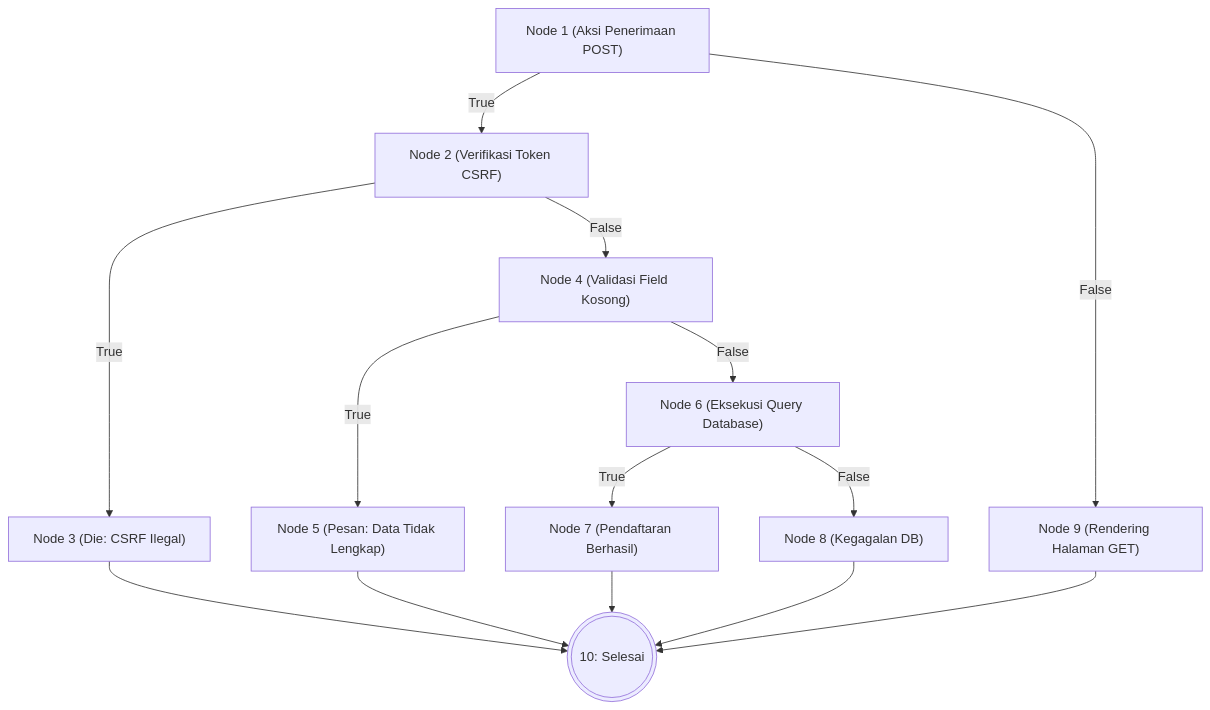
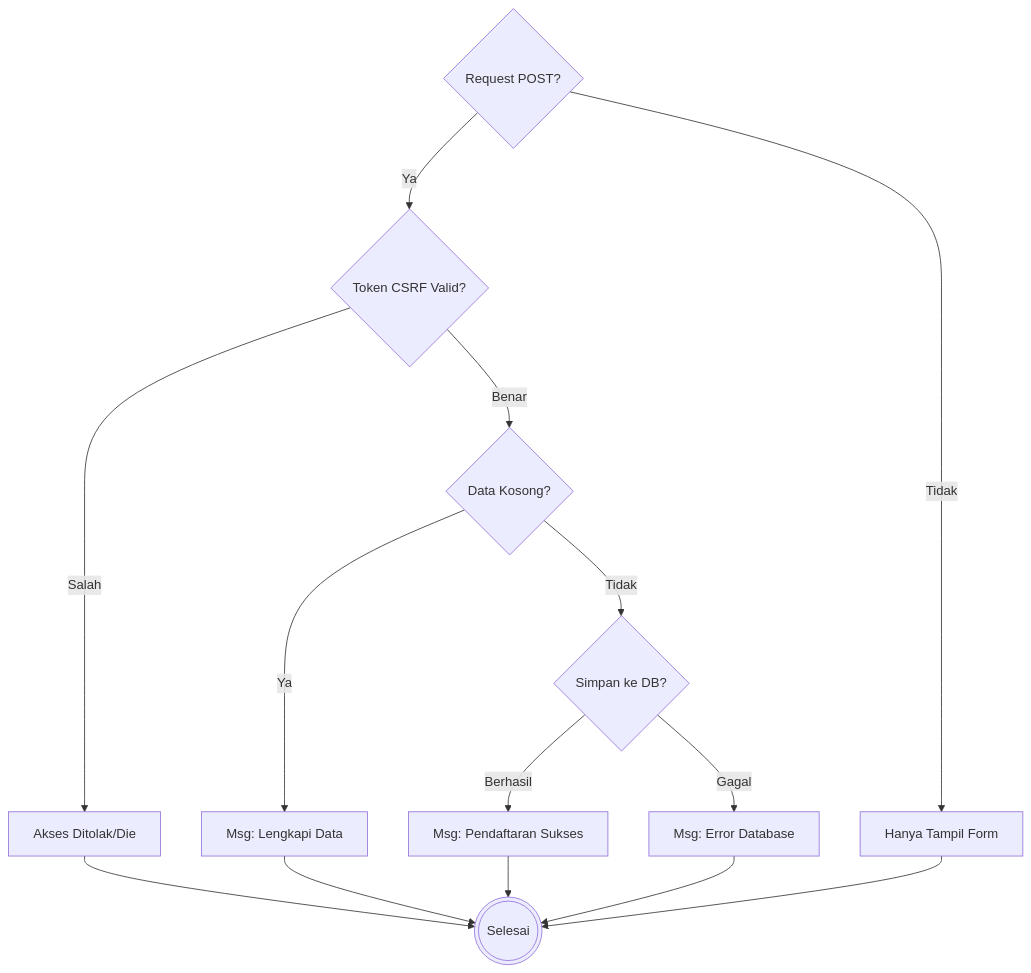
One commit to arbain-dev/Web_fikom changed the third of 6 diagrams in docs/07_PENGUJIAN_WHITE_BOX.md. Above: the diagram before and after it, drawn with Mermaid. The commit also changed other lines of this file, not shown here.

Commit message:
Simplify Flowchart labels for better readability

````diff
--- a/docs/07_PENGUJIAN_WHITE_BOX.md
+++ b/docs/07_PENGUJIAN_WHITE_BOX.md
@@ -113,20 +113,20 @@
 ```mermaid
 flowchart TD
-    1["Node 1 (Aksi Penerimaan POST)"] -->|True| 2["Node 2 (Verifikasi Token CSRF)"]
-    1 -->|False| 9["Node 9 (Rendering Halaman GET)"]
+    1{Request POST?} -->|Ya| 2{Token CSRF Valid?}
+    1 -->|Tidak| 9[Hanya Tampil Form]
     
-    2 -->|True| 3["Node 3 (Die: CSRF Ilegal)"]
-    2 -->|False| 4["Node 4 (Validasi Field Kosong)"]
+    2 -->|Salah| 3[Akses Ditolak/Die]
+    2 -->|Benar| 4{Data Kosong?}
     
-    4 -->|True| 5["Node 5 (Pesan: Data Tidak Lengkap)"]
-    4 -->|False| 6["Node 6 (Eksekusi Query Database)"]
+    4 -->|Ya| 5[Msg: Lengkapi Data]
+    4 -->|Tidak| 6{Simpan ke DB?}
     
-    6 -->|True| 7["Node 7 (Pendaftaran Berhasil)"]
-    6 -->|False| 8["Node 8 (Kegagalan DB)"]
+    6 -->|Berhasil| 7[Msg: Pendaftaran Sukses]
+    6 -->|Gagal| 8[Msg: Error Database]
     
-    3 --> 10(((10: Selesai)))
+    3 --> 10(((Selesai)))
     5 --> 10
     7 --> 10
     8 --> 10
     9 --> 10
 ```
````
